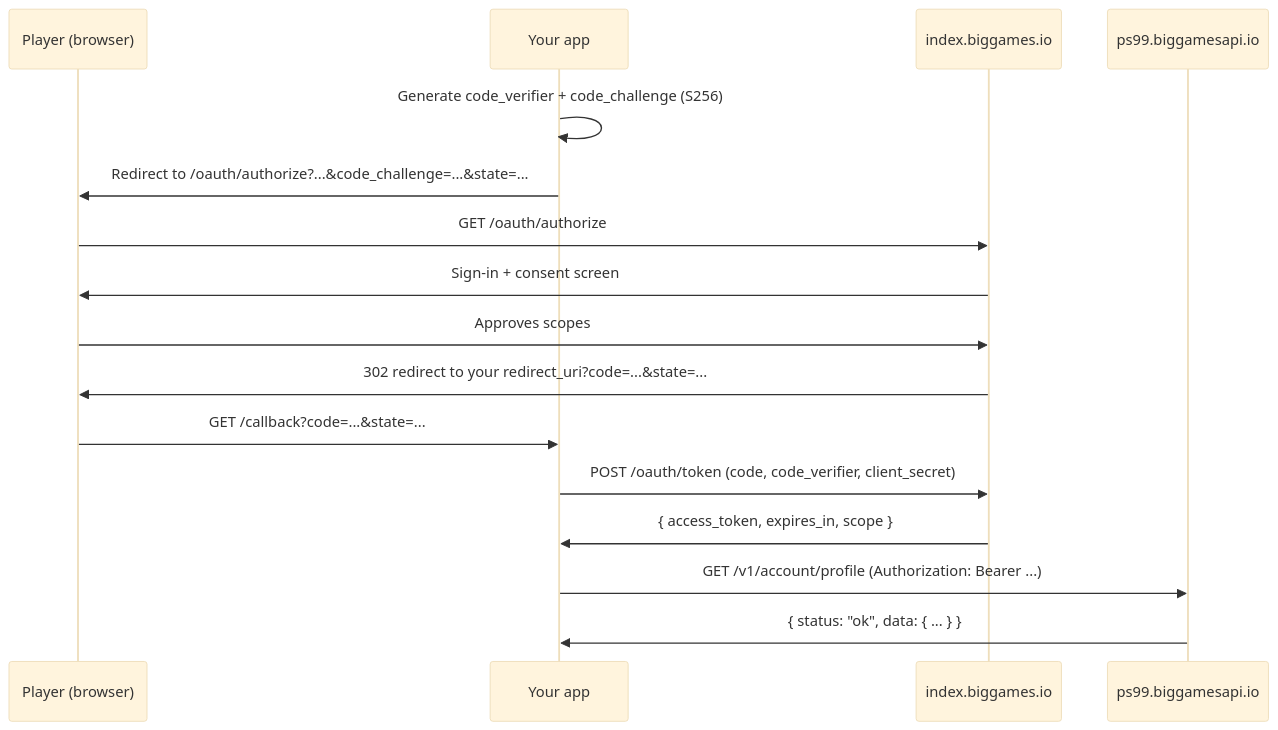
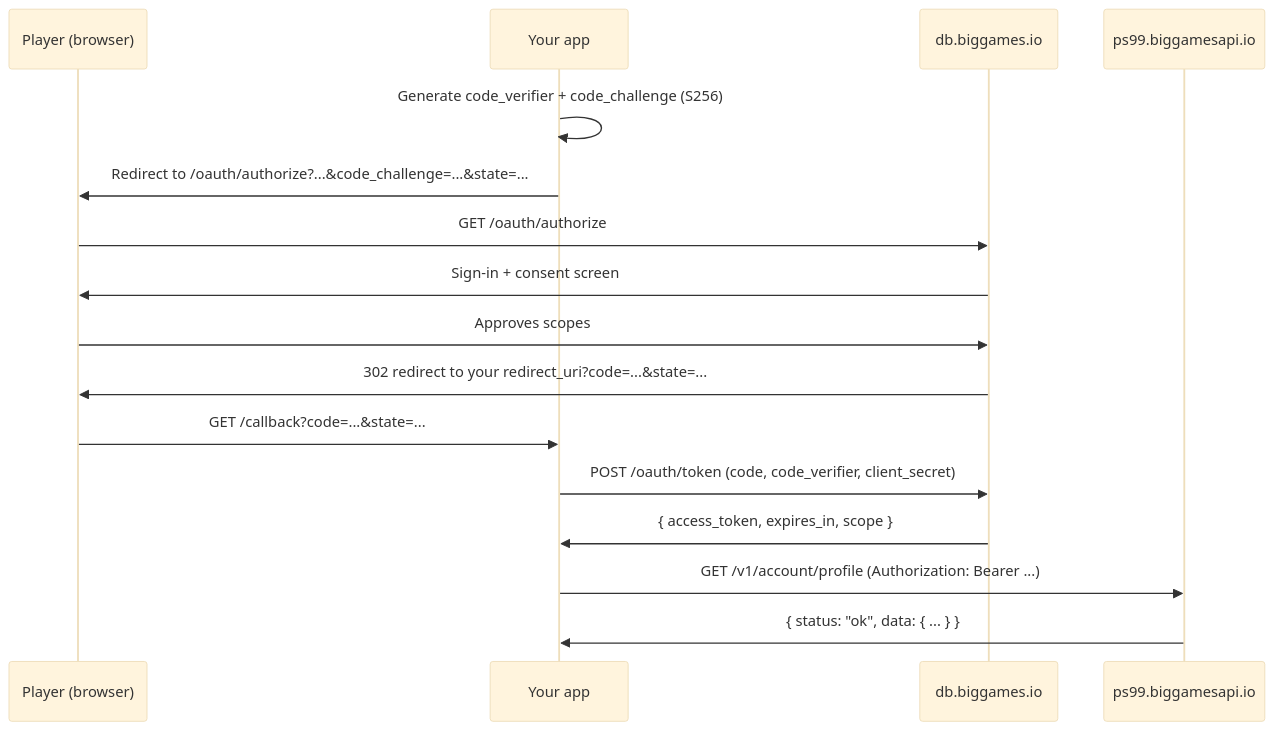
Before and after one commit to BIG-Games-LLC/ps99-public-api-docs: the diagram in v1/authentication.md, drawn with Mermaid (base theme). The commit also changed other lines of this file and 1 other file, not shown here.

````diff
--- a/v1/authentication.md
+++ b/v1/authentication.md
@@ -50,19 +50,19 @@
 ```mermaid
 sequenceDiagram
     participant U as Player (browser)
     participant Y as Your app
-    participant D as index.biggames.io
+    participant D as db.biggames.io
     participant A as ps99.biggamesapi.io
 
     Y->>Y: Generate code_verifier + code_challenge (S256)
     Y->>U: Redirect to /oauth/authorize?...&code_challenge=...&state=...
     U->>D: GET /oauth/authorize
     D->>U: Sign-in + consent screen
     U->>D: Approves scopes
     D->>U: 302 redirect to your redirect_uri?code=...&state=...
     U->>Y: GET /callback?code=...&state=...
     Y->>D: POST /oauth/token (code, code_verifier, client_secret)
     D->>Y: { access_token, expires_in, scope }
     Y->>A: GET /v1/account/profile (Authorization: Bearer ...)
     A->>Y: { status: "ok", data: { ... } }
 ```
````
